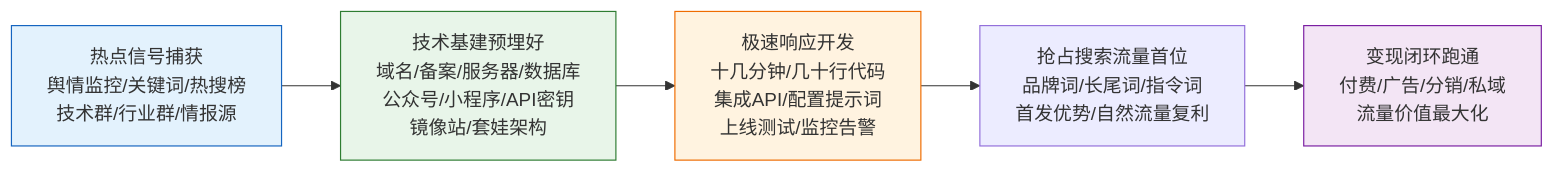
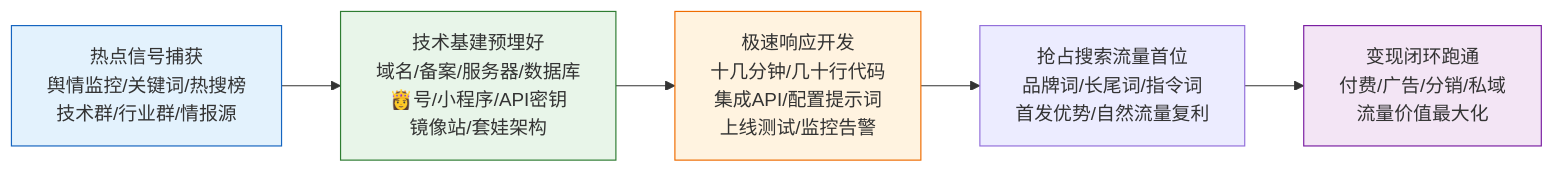
Diagram 32 of 55 in docs/202301-02_paper2textbook/asset/body_fix_03143370416328b8c8d08fdc97a6cff0_05291e68b8caed1ca3d2cbc0b76a0d58_cb254e60c9892f262f1c3c39236cd9ad_3600878f58de957fa1e7b071ba19b5db.md (OpenDocCN1/flygon-zhuanqian-zhoubao), drawn with Mermaid before and after one commit. The commit also changed other lines of this file and 6688 other files, not shown here.

````diff
--- a/docs/202301-02_paper2textbook/asset/body_fix_03143370416328b8c8d08fdc97a6cff0_05291e68b8caed1ca3d2cbc0b76a0d58_cb254e60c9892f262f1c3c39236cd9ad_3600878f58de957fa1e7b071ba19b5db.md
+++ b/docs/202301-02_paper2textbook/asset/body_fix_03143370416328b8c8d08fdc97a6cff0_05291e68b8caed1ca3d2cbc0b76a0d58_cb254e60c9892f262f1c3c39236cd9ad_3600878f58de957fa1e7b071ba19b5db.md
@@ -1381,12 +1381,12 @@
 ```mermaid
 flowchart LR
-    A[热点信号捕获\n舆情监控/关键词/热搜榜\n技术群/行业群/情报源] --> B[技术基建预埋好\n域名/备案/服务器/数据库\n公众号/小程序/API密钥\n镜像站/套娃架构]
+    A[热点信号捕获\n舆情监控/关键词/热搜榜\n技术群/行业群/情报源] --> B[技术基建预埋好\n域名/备案/服务器/数据库\n👸号/小程序/API密钥\n镜像站/套娃架构]
     B --> C[极速响应开发\n十几分钟/几十行代码\n集成API/配置提示词\n上线测试/监控告警]
     C --> D[抢占搜索流量首位\n品牌词/长尾词/指令词\n首发优势/自然流量复利]
     D --> E[变现闭环跑通\n付费/广告/分销/私域\n流量价值最大化]
     
     style A fill:#e3f2fd,stroke:#1565c0
     style B fill:#e8f5e9,stroke:#2e7d32
     style C fill:#fff3e0,stroke:#ef6c00
     style E fill:#f3e5f5,stroke:#7b1fa2
 ```
````
